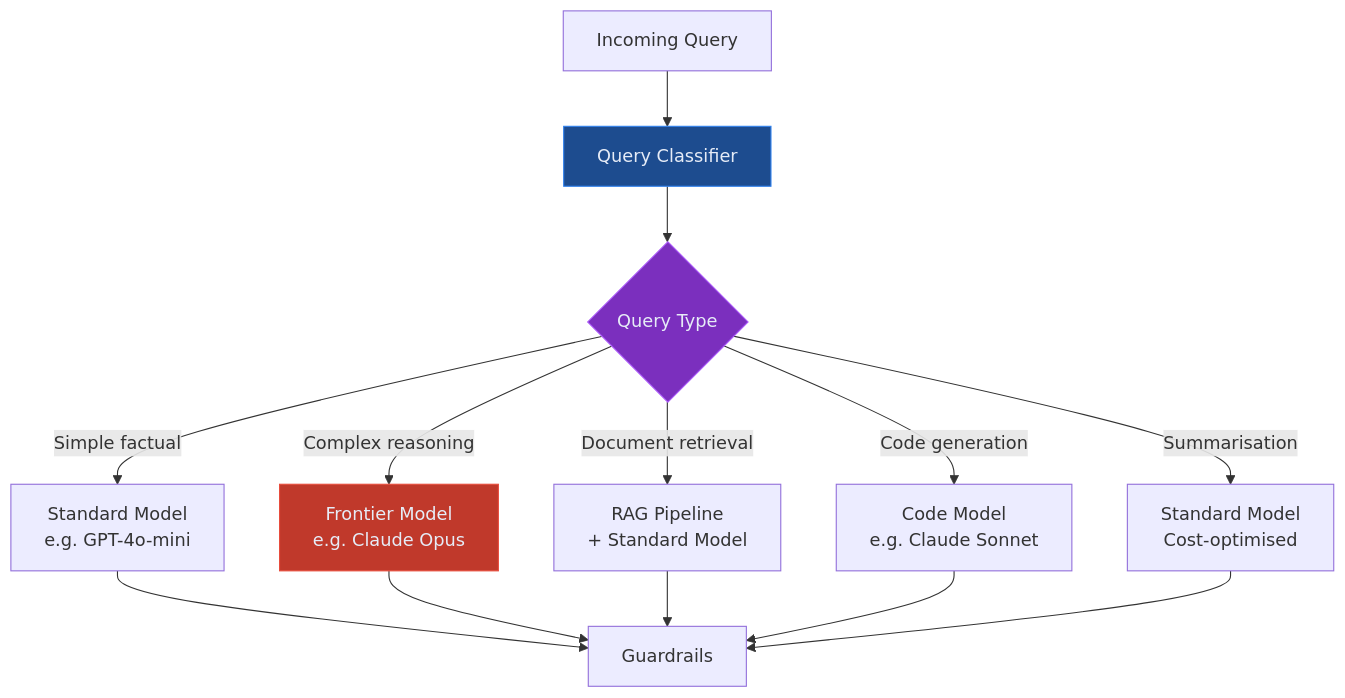
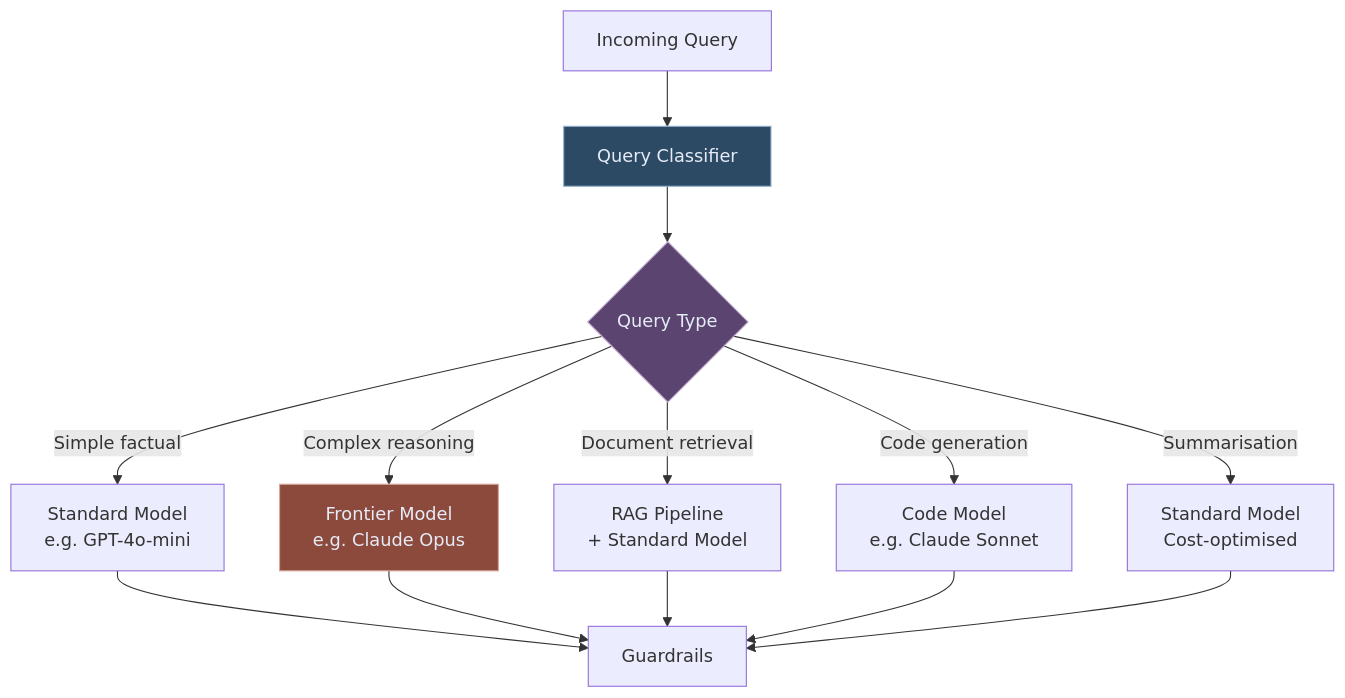
Before and after one commit to lorvexai/lorvexai: the fourth of 7 diagrams in blog/enterprise-llm-chat-interfaces.md, drawn with Mermaid. The commit also changed other lines of this file and 16 other files, not shown here.

First line of the commit message:
Retune hardcoded Mermaid node colors to match the site palette

````diff
--- a/blog/enterprise-llm-chat-interfaces.md
+++ b/blog/enterprise-llm-chat-interfaces.md
@@ -164,21 +164,21 @@
 ```mermaid
 flowchart TD
     Q[Incoming Query] --> CL[Query Classifier]
     CL --> C1{Query Type}
 
     C1 -->|Simple factual| SM[Standard Model\ne.g. GPT-4o-mini]
     C1 -->|Complex reasoning| FM[Frontier Model\ne.g. Claude Opus]
     C1 -->|Document retrieval| RG[RAG Pipeline\n+ Standard Model]
     C1 -->|Code generation| CM[Code Model\ne.g. Claude Sonnet]
     C1 -->|Summarisation| SM2[Standard Model\nCost-optimised]
 
     SM --> GP[Guardrails]
     FM --> GP
     RG --> GP
     CM --> GP
     SM2 --> GP
 
-    style CL fill:#1D4C8F,stroke:#2F80ED,color:#E6ECF7
-    style C1 fill:#7B2FBE,stroke:#a855f7,color:#E6ECF7
-    style FM fill:#C0392B,stroke:#e74c3c,color:#E6ECF7
+    style CL fill:#2C4A63,stroke:#8FB2CC,color:#E6ECF7
+    style C1 fill:#5B4570,stroke:#BCA6CC,color:#E6ECF7
+    style FM fill:#8C4A3D,stroke:#D6A697,color:#E6ECF7
 ```
````
